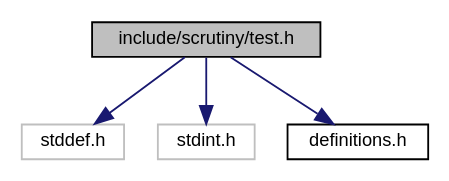
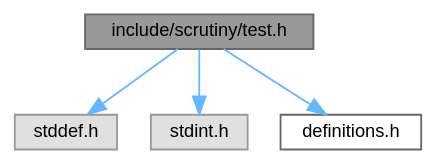
The diagram in docs/test_8h__incl.dot (nickeldan/scrutiny), drawn with Graphviz before and after one commit. The commit also changed 103 other files, not shown here.

```diff
--- a/docs/test_8h__incl.dot
+++ b/docs/test_8h__incl.dot
@@ -1,13 +1,14 @@
 digraph "include/scrutiny/test.h"
 {
  // LATEX_PDF_SIZE
-  edge [fontname="Helvetica",fontsize="10",labelfontname="Helvetica",labelfontsize="10"];
-  node [fontname="Helvetica",fontsize="10",shape=record];
-  Node1 [label="include/scrutiny/test.h",height=0.2,width=0.4,color="black", fillcolor="grey75", style="filled", fontcolor="black",tooltip="Defines the test macros."];
-  Node1 -> Node2 [color="midnightblue",fontsize="10",style="solid",fontname="Helvetica"];
-  Node2 [label="stddef.h",height=0.2,width=0.4,color="grey75", fillcolor="white", style="filled",tooltip=" "];
-  Node1 -> Node3 [color="midnightblue",fontsize="10",style="solid",fontname="Helvetica"];
-  Node3 [label="stdint.h",height=0.2,width=0.4,color="grey75", fillcolor="white", style="filled",tooltip=" "];
-  Node1 -> Node4 [color="midnightblue",fontsize="10",style="solid",fontname="Helvetica"];
-  Node4 [label="definitions.h",height=0.2,width=0.4,color="black", fillcolor="white", style="filled",URL="$definitions_8h_source.html",tooltip=" "];
+  bgcolor="transparent";
+  edge [fontname=Helvetica,fontsize=10,labelfontname=Helvetica,labelfontsize=10];
+  node [fontname=Helvetica,fontsize=10,shape=box,height=0.2,width=0.4];
+  Node1 [id="Node000001",label="include/scrutiny/test.h",height=0.2,width=0.4,color="gray40", fillcolor="grey60", style="filled", fontcolor="black",tooltip="Defines the test macros."];
+  Node1 -> Node2 [id="edge1_Node000001_Node000002",color="steelblue1",style="solid",tooltip=" "];
+  Node2 [id="Node000002",label="stddef.h",height=0.2,width=0.4,color="grey60", fillcolor="#E0E0E0", style="filled",tooltip=" "];
+  Node1 -> Node3 [id="edge2_Node000001_Node000003",color="steelblue1",style="solid",tooltip=" "];
+  Node3 [id="Node000003",label="stdint.h",height=0.2,width=0.4,color="grey60", fillcolor="#E0E0E0", style="filled",tooltip=" "];
+  Node1 -> Node4 [id="edge3_Node000001_Node000004",color="steelblue1",style="solid",tooltip=" "];
+  Node4 [id="Node000004",label="definitions.h",height=0.2,width=0.4,color="grey40", fillcolor="white", style="filled",URL="$definitions_8h_source.html",tooltip=" "];
 }
```
